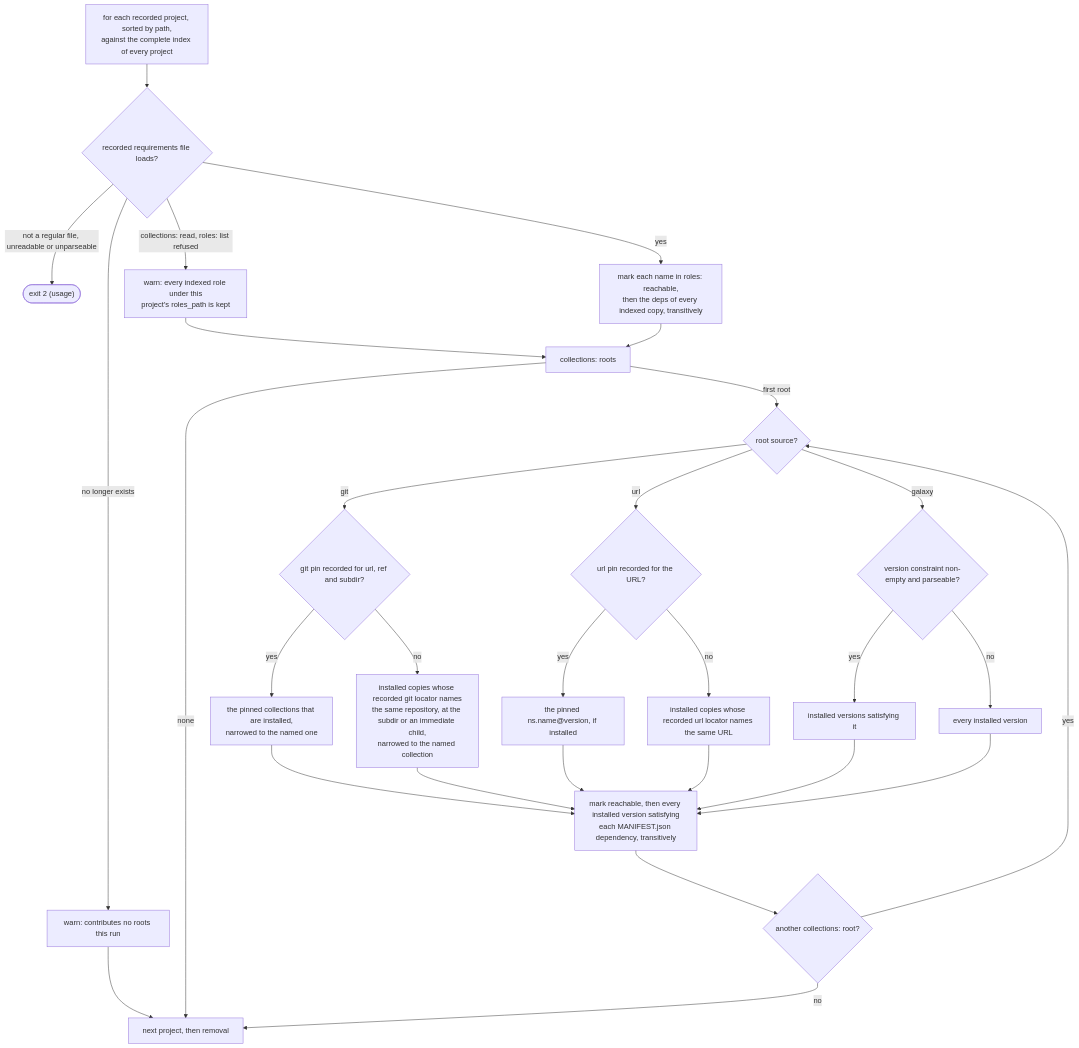
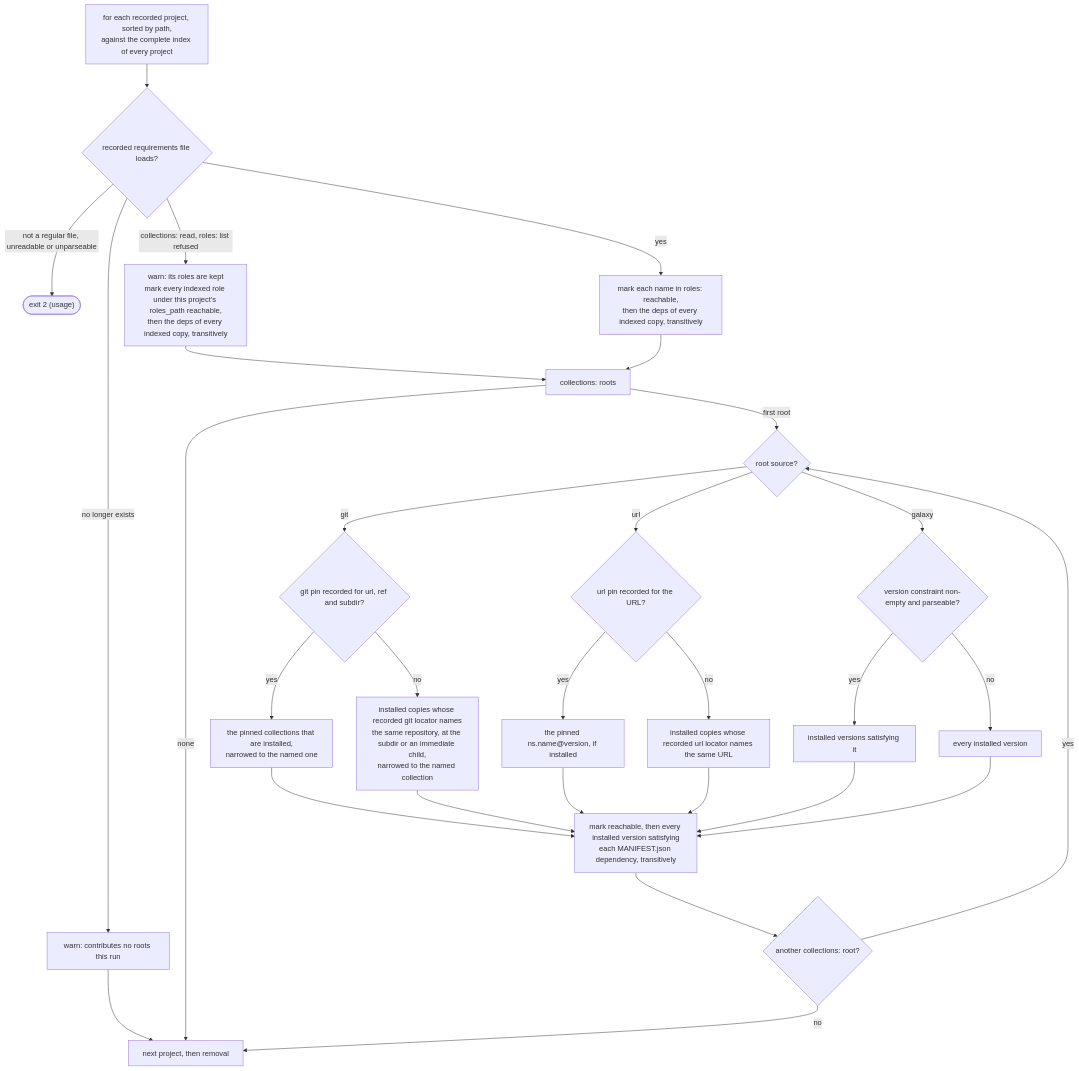
Before and after one commit to greeddj/go-galaxy: diagram 32 of 48 in docs/commands.md, drawn with Mermaid. The commit also changed 4 other files, not shown here.

````diff
--- a/docs/commands.md
+++ b/docs/commands.md
@@ -1711,31 +1711,31 @@
 ```mermaid
 flowchart TD
     R1["for each recorded project, sorted by path,<br/>against the complete index of every project"] --> Req{"recorded requirements file loads?"}
     Req -->|"no longer exists"| RMiss["warn: contributes no roots this run"]
     Req -->|"not a regular file, unreadable or unparseable"| X2(["exit 2 (usage)"])
-    Req -->|"collections: read, roles: list refused"| RKeep["warn: every indexed role under this<br/>project's roles_path is kept"]
+    Req -->|"collections: read, roles: list refused"| RKeep["warn: its roles are kept<br/>mark every indexed role under this project's roles_path reachable,<br/>then the deps of every indexed copy, transitively"]
     Req -->|"yes"| RRoots["mark each name in roles: reachable,<br/>then the deps of every indexed copy, transitively"]
     RMiss --> NextR
     RKeep --> CRoot
     RRoots --> CRoot["collections: roots"]
     CRoot -->|"none"| NextR
     CRoot -->|"first root"| Type{"root source?"}
     Type -->|"git"| GPin{"git pin recorded for url, ref and subdir?"}
     GPin -->|"yes"| GKeys["the pinned collections that are installed,<br/>narrowed to the named one"]
     GPin -->|"no"| GAll["installed copies whose recorded git locator names<br/>the same repository, at the subdir or an immediate child,<br/>narrowed to the named collection"]
     Type -->|"url"| UPin{"url pin recorded for the URL?"}
     UPin -->|"yes"| UKey["the pinned ns.name@version, if installed"]
     UPin -->|"no"| UAll["installed copies whose recorded url locator names the same URL"]
     Type -->|"galaxy"| Con{"version constraint non-empty and parseable?"}
     Con -->|"yes"| CSel["installed versions satisfying it"]
     Con -->|"no"| CAll["every installed version"]
     GKeys --> Mark
     GAll --> Mark
     UKey --> Mark
     UAll --> Mark
     CSel --> Mark
     CAll --> Mark
     Mark["mark reachable, then every installed version satisfying<br/>each MANIFEST.json dependency, transitively"] --> MoreRoot{"another collections: root?"}
     MoreRoot -->|"yes"| Type
     MoreRoot -->|"no"| NextR["next project, then removal"]
 ```
````
